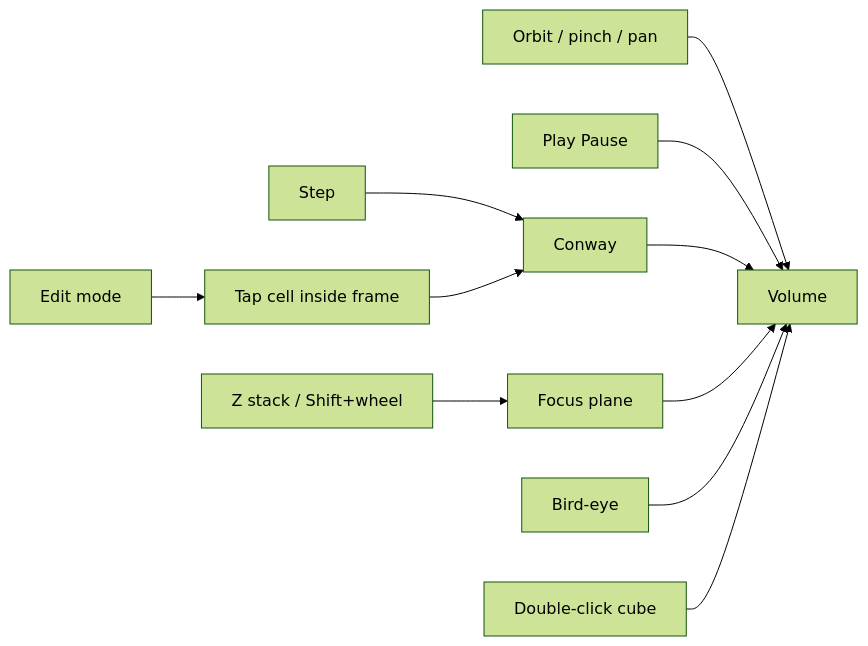
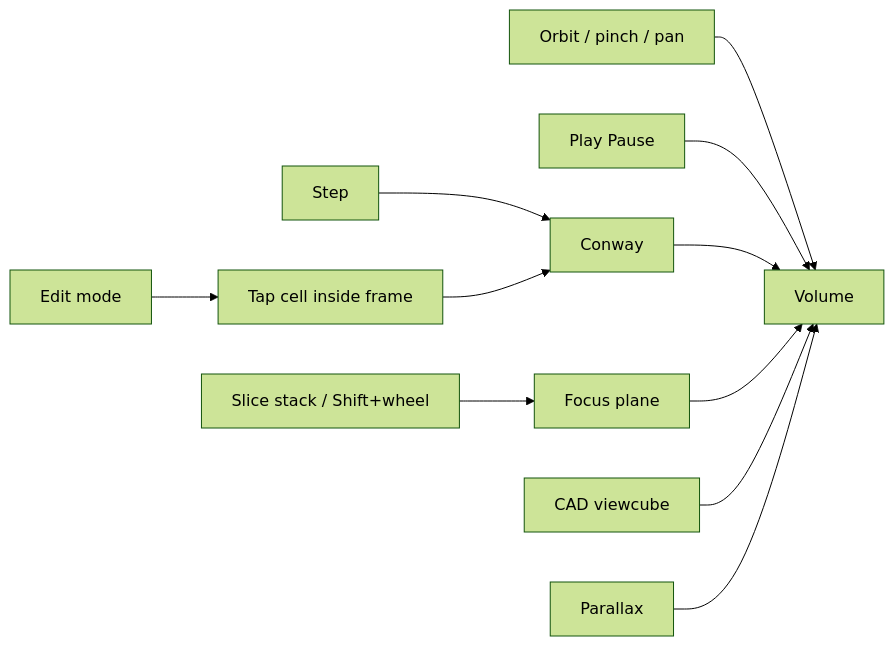
The first of 5 diagrams in docs/gui.md (PiMaV/DONNER), drawn with Mermaid (forest theme) before and after one commit. The commit also changed other lines of this file and 19 other files, not shown here.

First line of the commit message:
Add a CAD viewcube and remap Bird to parallax so side views stay oriented, and let the slice stack and cube cap follow the data.

````diff
--- a/docs/gui.md
+++ b/docs/gui.md
@@ -8,13 +8,13 @@
 ```mermaid
 flowchart LR
   orbit[Orbit / pinch / pan] --> scene[Volume]
   play[Play Pause] --> scene
   step[Step] --> sim[Conway]
   sim --> scene
-  scrub[Z stack / Shift+wheel] --> plane[Focus plane]
+  scrub[Slice stack / Shift+wheel] --> plane[Focus plane]
   plane --> scene
   edit[Edit mode] --> paint[Tap cell inside frame]
   paint --> sim
-  bird[Bird-eye] --> scene
-  iso[Double-click cube] --> scene
+  gizmo[CAD viewcube] --> scene
+  para[Parallax] --> scene
 ```
````
